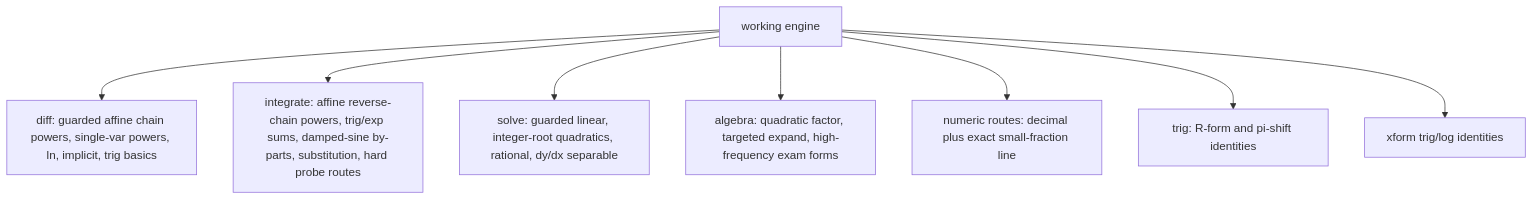
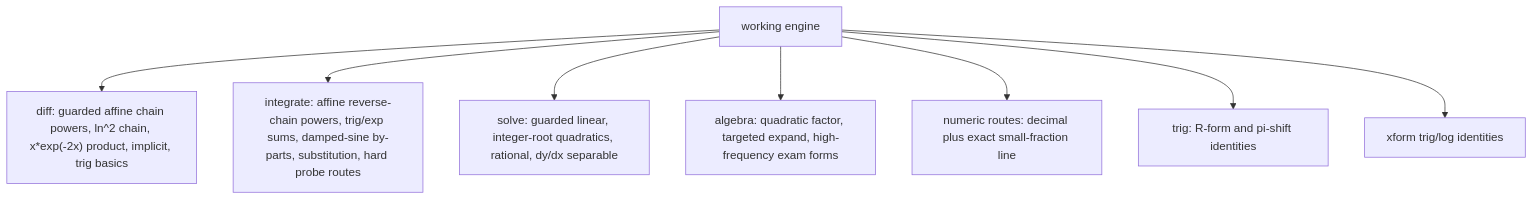
The third of 6 diagrams in docs/GRAPH.md (james8464/notes-addin-casio-fx-cg50), drawn with Mermaid before and after one commit. The commit also changed other lines of this file and 431 other files, not shown here.

````diff
--- a/docs/GRAPH.md
+++ b/docs/GRAPH.md
@@ -34,10 +34,10 @@
 ```mermaid
 graph TD
-  Work["working engine"] --> Diff["diff: guarded affine chain powers, single-var powers, ln, implicit, trig basics"]
+  Work["working engine"] --> Diff["diff: guarded affine chain powers, ln^2 chain, x*exp(-2x) product, implicit, trig basics"]
   Work --> Int["integrate: affine reverse-chain powers, trig/exp sums, damped-sine by-parts, substitution, hard probe routes"]
   Work --> Solve["solve: guarded linear, integer-root quadratics, rational, dy/dx separable"]
   Work --> Alg["algebra: quadratic factor, targeted expand, high-frequency exam forms"]
   Work --> Num["numeric routes: decimal plus exact small-fraction line"]
   Work --> Trig["trig: R-form and pi-shift identities"]
   Work --> Xform["xform trig/log identities"]
 ```
````
